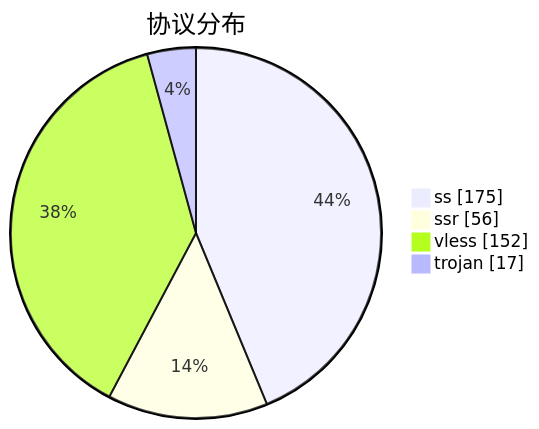
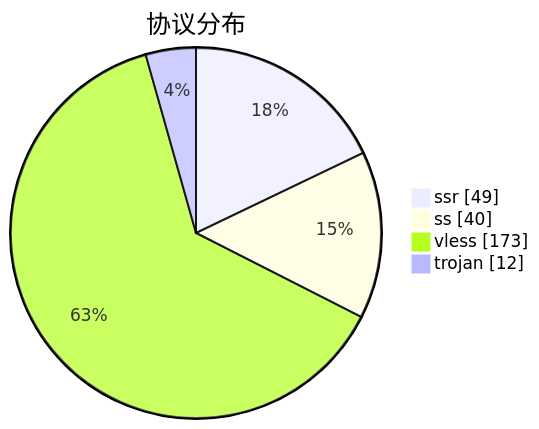
Before and after one commit to qjlxg/airport: the third of 3 diagrams in subs/statistics/tested_within.md, drawn with Mermaid. The commit also changed other lines of this file and 2 other files, not shown here.

````diff
--- a/subs/statistics/tested_within.md
+++ b/subs/statistics/tested_within.md
@@ -18,8 +18,8 @@
 ```mermaid
 pie showData
 title 协议分布
-"ss" : 175
-"ssr" : 56
-"vless" : 152
-"trojan" : 17
+"ssr" : 49
+"ss" : 40
+"vless" : 173
+"trojan" : 12
 ```
````
